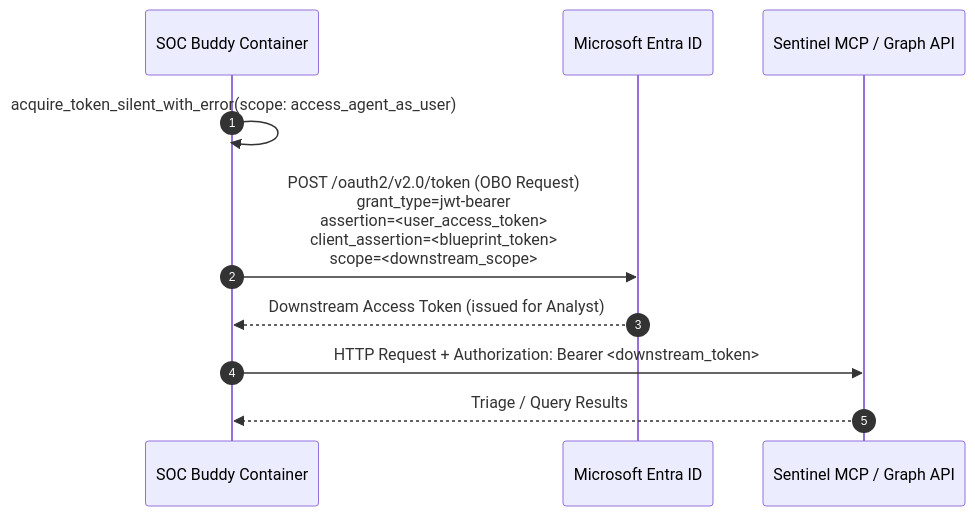
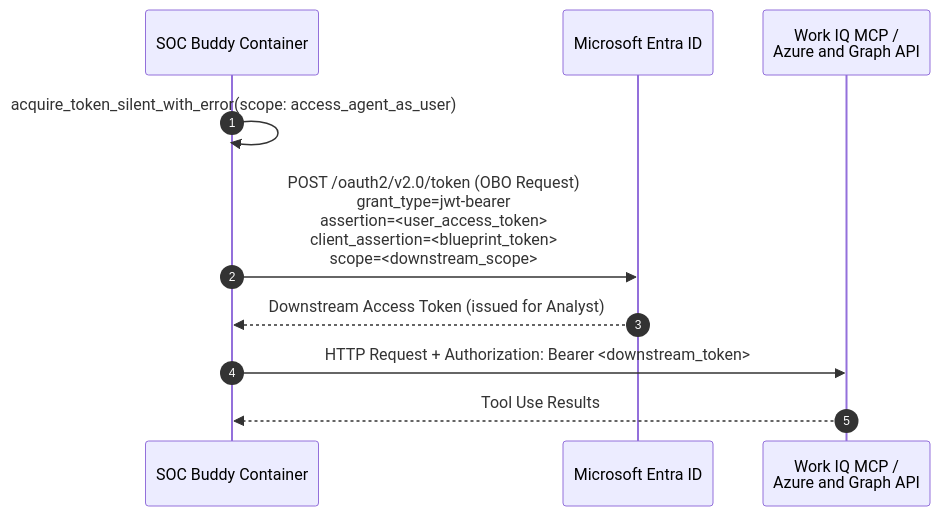
One commit to joetanx/soc-buddy changed the second of 4 diagrams in DESIGN.md. Above: the diagram before and after it, drawn with Mermaid. The commit also changed other lines of this file and 4 other files, not shown here.

Commit message:
Update relevant files on Sentinel MCP deprecation

````diff
--- a/DESIGN.md
+++ b/DESIGN.md
@@ -156,13 +156,13 @@
 ```mermaid
 sequenceDiagram
     autonumber
     participant Bot as SOC Buddy Container
     participant Entra as Microsoft Entra ID
-    participant MCP as Sentinel MCP / Graph API
+    participant MCP as Work IQ MCP /<br>Azure and Graph API
 
     Bot->>Bot: acquire_token_silent_with_error(scope: access_agent_as_user)
     Bot->>Entra: POST /oauth2/v2.0/token (OBO Request)<br/>grant_type=jwt-bearer<br/>assertion=<user_access_token><br/>client_assertion=<blueprint_token><br/>scope=<downstream_scope>
     Entra-->>Bot: Downstream Access Token (issued for Analyst)
     Bot->>MCP: HTTP Request + Authorization: Bearer <downstream_token>
-    MCP-->>Bot: Triage / Query Results
+    MCP-->>Bot: Tool Use Results
 ```
````
